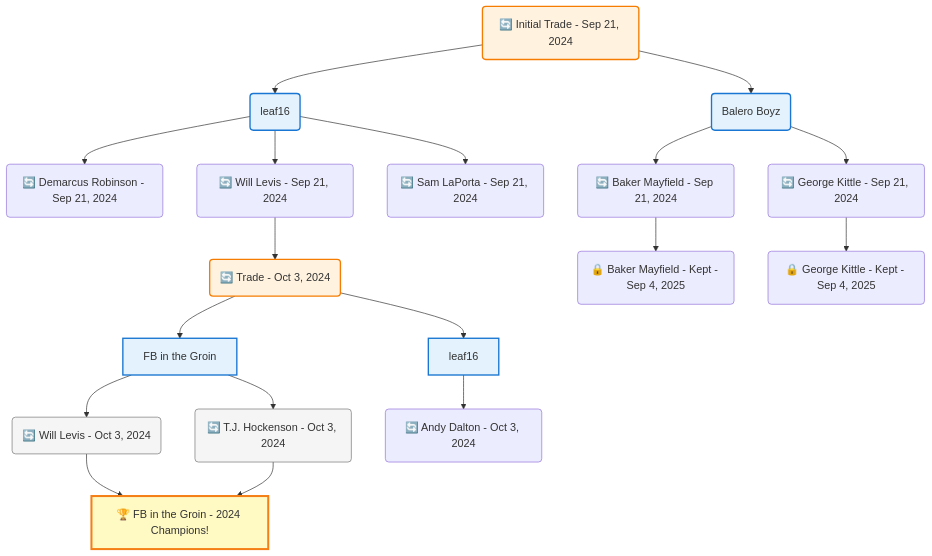
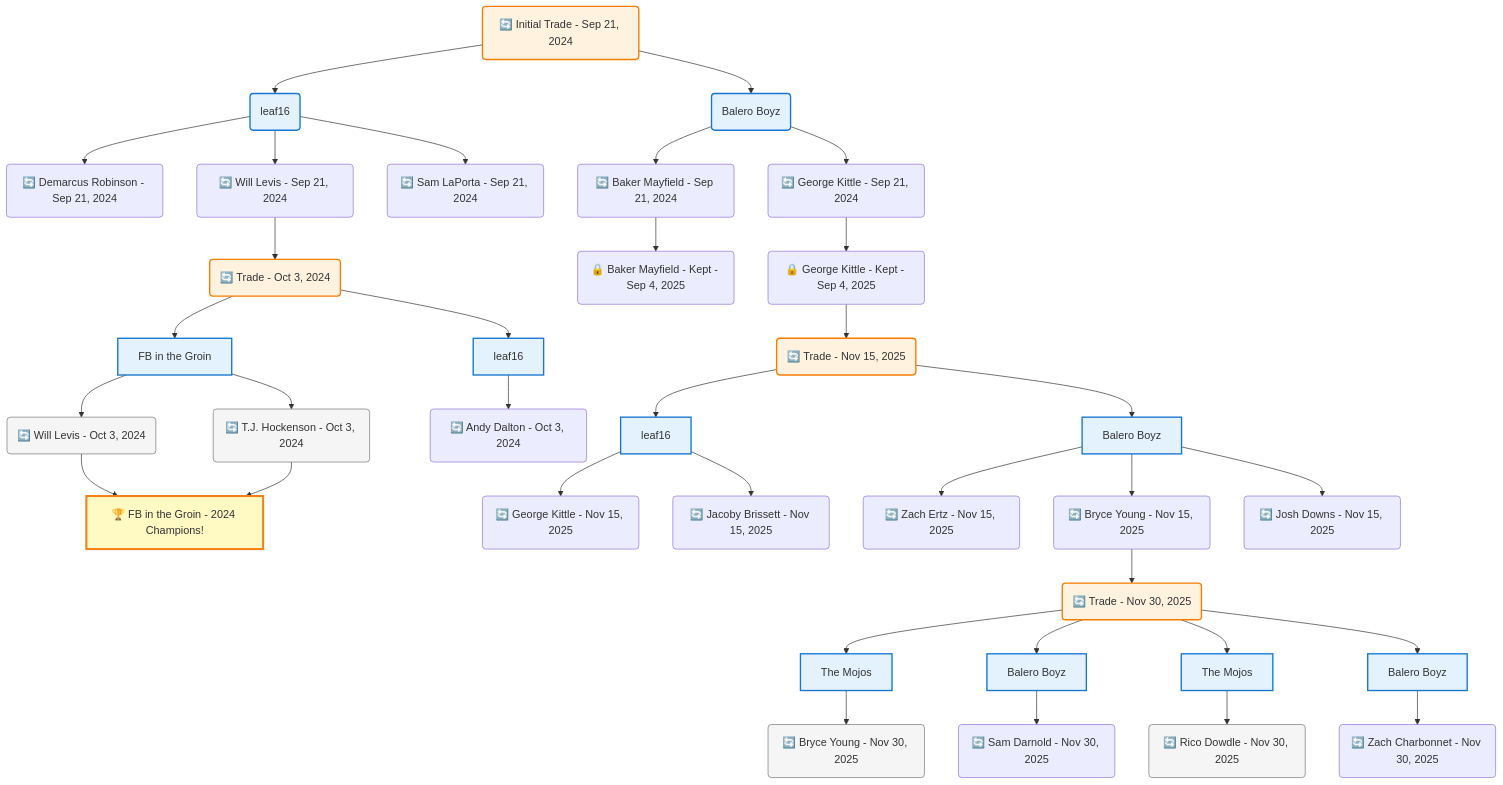
The diagram in frontend/public/data/trade-trees/mermaid/6fb25eb0-5368-4c25-aa54-b7be9bf720bc.mmd (bsnooks/FantasyArchive), drawn with Mermaid before and after one commit. The commit also changed 332 other files, not shown here.

```diff
--- a/frontend/public/data/trade-trees/mermaid/6fb25eb0-5368-4c25-aa54-b7be9bf720bc.mmd
+++ b/frontend/public/data/trade-trees/mermaid/6fb25eb0-5368-4c25-aa54-b7be9bf720bc.mmd
@@ -1,51 +1,85 @@
 flowchart TD
 
     TRADE_MAIN("🔄 Initial Trade - Sep 21, 2024")
     TEAM_1("leaf16")
     TEAM_2("Balero Boyz")
     NODE_31bc94fc-885d-4b96-a3e8-009981e2b374("🔄 Demarcus Robinson - Sep 21, 2024")
     NODE_801f72a8-20fb-4d83-a6a8-35d7c1c37417("🔄 Will Levis - Sep 21, 2024")
     TRADE_2b4a01ee-7b58-438b-81fc-a627fbe67457_3("🔄 Trade - Oct 3, 2024")
     TEAM_f483ecf1-cd17-4991-854b-e52dfc957b45_4["FB in the Groin"]
     NODE_e2907b17-adfb-4c09-adb0-2782040aee2b("🔄 Will Levis - Oct 3, 2024")
     CHAMP_f483ecf1-cd17-4991-854b-e52dfc957b45_2024["🏆 FB in the Groin - 2024 Champions!"]
     NODE_1b8dd640-21fc-42b1-9108-3d999c90067f("🔄 T.J. Hockenson - Oct 3, 2024")
     TEAM_66fb98f4-89a7-45f9-893a-b41d71e6249d_5["leaf16"]
     NODE_83daa455-0c86-4f49-a0a0-f3440d4f75c9("🔄 Andy Dalton - Oct 3, 2024")
     NODE_fd314efd-f34b-4a8b-ac7a-5a7a10b7fce3("🔄 Sam LaPorta - Sep 21, 2024")
     NODE_03a1a7af-d13d-43f4-885c-bf316c184d41("🔄 Baker Mayfield - Sep 21, 2024")
     NODE_fb64c611-51dc-4486-a9dc-89012f00217e("🔒 Baker Mayfield - Kept - Sep 4, 2025")
     NODE_f3eb338e-4fa1-425f-9223-c15304171ea8("🔄 George Kittle - Sep 21, 2024")
     NODE_849153a8-95cb-439c-ab20-cab9446964ba("🔒 George Kittle - Kept - Sep 4, 2025")
+    TRADE_259e5fca-a2c5-43ea-b6f7-ea1703137aad_6("🔄 Trade - Nov 15, 2025")
+    TEAM_66fb98f4-89a7-45f9-893a-b41d71e6249d_7["leaf16"]
+    NODE_d02d5d54-4473-4b5e-a51f-358e1014b895("🔄 George Kittle - Nov 15, 2025")
+    NODE_ca815589-bec6-45f2-b6d3-c000c1799bf3("🔄 Jacoby Brissett - Nov 15, 2025")
+    TEAM_2feaf03e-fb22-498e-ac8f-e596b6ba7810_8["Balero Boyz"]
+    NODE_949a9074-2ee8-442f-95af-682509d5fbe8("🔄 Zach Ertz - Nov 15, 2025")
+    NODE_38d855f4-84cf-4db1-bfbe-7332f211fbc5("🔄 Bryce Young - Nov 15, 2025")
+    TRADE_524fb254-e456-4494-be37-a2b178020474_9("🔄 Trade - Nov 30, 2025")
+    TEAM_bbe2d0ad-54cf-4c22-be82-b2a5f262a157_10["The Mojos"]
+    NODE_130eaee5-fcb3-4d4a-b849-548ea71c4b4a("🔄 Bryce Young - Nov 30, 2025")
+    TEAM_2feaf03e-fb22-498e-ac8f-e596b6ba7810_11["Balero Boyz"]
+    NODE_75f8f399-3480-4cfa-9bd2-3e46c6555763("🔄 Sam Darnold - Nov 30, 2025")
+    TEAM_bbe2d0ad-54cf-4c22-be82-b2a5f262a157_12["The Mojos"]
+    NODE_358947cb-99bb-4dde-92b3-3f75008761f5("🔄 Rico Dowdle - Nov 30, 2025")
+    TEAM_2feaf03e-fb22-498e-ac8f-e596b6ba7810_13["Balero Boyz"]
+    NODE_5312f244-ba83-4c40-bd50-7e5e4142f21e("🔄 Zach Charbonnet - Nov 30, 2025")
+    NODE_90c74c94-2abe-4562-b909-f0d0549711d6("🔄 Josh Downs - Nov 15, 2025")
 
     TRADE_MAIN --> TEAM_1
     TRADE_MAIN --> TEAM_2
     TEAM_1 --> NODE_31bc94fc-885d-4b96-a3e8-009981e2b374
     TEAM_1 --> NODE_801f72a8-20fb-4d83-a6a8-35d7c1c37417
     NODE_801f72a8-20fb-4d83-a6a8-35d7c1c37417 --> TRADE_2b4a01ee-7b58-438b-81fc-a627fbe67457_3
     TRADE_2b4a01ee-7b58-438b-81fc-a627fbe67457_3 --> TEAM_f483ecf1-cd17-4991-854b-e52dfc957b45_4
     TEAM_f483ecf1-cd17-4991-854b-e52dfc957b45_4 --> NODE_e2907b17-adfb-4c09-adb0-2782040aee2b
     NODE_e2907b17-adfb-4c09-adb0-2782040aee2b --> CHAMP_f483ecf1-cd17-4991-854b-e52dfc957b45_2024
     TEAM_f483ecf1-cd17-4991-854b-e52dfc957b45_4 --> NODE_1b8dd640-21fc-42b1-9108-3d999c90067f
     NODE_1b8dd640-21fc-42b1-9108-3d999c90067f --> CHAMP_f483ecf1-cd17-4991-854b-e52dfc957b45_2024
     TRADE_2b4a01ee-7b58-438b-81fc-a627fbe67457_3 --> TEAM_66fb98f4-89a7-45f9-893a-b41d71e6249d_5
     TEAM_66fb98f4-89a7-45f9-893a-b41d71e6249d_5 --> NODE_83daa455-0c86-4f49-a0a0-f3440d4f75c9
     TEAM_1 --> NODE_fd314efd-f34b-4a8b-ac7a-5a7a10b7fce3
     TEAM_2 --> NODE_03a1a7af-d13d-43f4-885c-bf316c184d41
     NODE_03a1a7af-d13d-43f4-885c-bf316c184d41 --> NODE_fb64c611-51dc-4486-a9dc-89012f00217e
     TEAM_2 --> NODE_f3eb338e-4fa1-425f-9223-c15304171ea8
     NODE_f3eb338e-4fa1-425f-9223-c15304171ea8 --> NODE_849153a8-95cb-439c-ab20-cab9446964ba
+    NODE_849153a8-95cb-439c-ab20-cab9446964ba --> TRADE_259e5fca-a2c5-43ea-b6f7-ea1703137aad_6
+    TRADE_259e5fca-a2c5-43ea-b6f7-ea1703137aad_6 --> TEAM_66fb98f4-89a7-45f9-893a-b41d71e6249d_7
+    TEAM_66fb98f4-89a7-45f9-893a-b41d71e6249d_7 --> NODE_d02d5d54-4473-4b5e-a51f-358e1014b895
+    TEAM_66fb98f4-89a7-45f9-893a-b41d71e6249d_7 --> NODE_ca815589-bec6-45f2-b6d3-c000c1799bf3
+    TRADE_259e5fca-a2c5-43ea-b6f7-ea1703137aad_6 --> TEAM_2feaf03e-fb22-498e-ac8f-e596b6ba7810_8
+    TEAM_2feaf03e-fb22-498e-ac8f-e596b6ba7810_8 --> NODE_949a9074-2ee8-442f-95af-682509d5fbe8
+    TEAM_2feaf03e-fb22-498e-ac8f-e596b6ba7810_8 --> NODE_38d855f4-84cf-4db1-bfbe-7332f211fbc5
+    NODE_38d855f4-84cf-4db1-bfbe-7332f211fbc5 --> TRADE_524fb254-e456-4494-be37-a2b178020474_9
+    TRADE_524fb254-e456-4494-be37-a2b178020474_9 --> TEAM_bbe2d0ad-54cf-4c22-be82-b2a5f262a157_10
+    TEAM_bbe2d0ad-54cf-4c22-be82-b2a5f262a157_10 --> NODE_130eaee5-fcb3-4d4a-b849-548ea71c4b4a
+    TRADE_524fb254-e456-4494-be37-a2b178020474_9 --> TEAM_2feaf03e-fb22-498e-ac8f-e596b6ba7810_11
+    TEAM_2feaf03e-fb22-498e-ac8f-e596b6ba7810_11 --> NODE_75f8f399-3480-4cfa-9bd2-3e46c6555763
+    TRADE_524fb254-e456-4494-be37-a2b178020474_9 --> TEAM_bbe2d0ad-54cf-4c22-be82-b2a5f262a157_12
+    TEAM_bbe2d0ad-54cf-4c22-be82-b2a5f262a157_12 --> NODE_358947cb-99bb-4dde-92b3-3f75008761f5
+    TRADE_524fb254-e456-4494-be37-a2b178020474_9 --> TEAM_2feaf03e-fb22-498e-ac8f-e596b6ba7810_13
+    TEAM_2feaf03e-fb22-498e-ac8f-e596b6ba7810_13 --> NODE_5312f244-ba83-4c40-bd50-7e5e4142f21e
+    TEAM_2feaf03e-fb22-498e-ac8f-e596b6ba7810_8 --> NODE_90c74c94-2abe-4562-b909-f0d0549711d6
 
     %% Node styling
     classDef teamNode fill:#e3f2fd,stroke:#1976d2,stroke-width:2px
     classDef tradeNode fill:#fff3e0,stroke:#f57c00,stroke-width:2px
     classDef playerNode fill:#f3e5f5,stroke:#7b1fa2,stroke-width:1px
     classDef nonRootPlayerNode fill:#f5f5f5,stroke:#757575,stroke-width:1px
     classDef endNode fill:#ffebee,stroke:#c62828,stroke-width:2px
     classDef waiverNode fill:#e8f5e8,stroke:#388e3c,stroke-width:2px
     classDef championshipNode fill:#fff9c4,stroke:#f57f17,stroke-width:3px
 
-    class TEAM_1,TEAM_2,TEAM_f483ecf1-cd17-4991-854b-e52dfc957b45_4,TEAM_66fb98f4-89a7-45f9-893a-b41d71e6249d_5 teamNode
+    class TEAM_1,TEAM_2,TEAM_f483ecf1-cd17-4991-854b-e52dfc957b45_4,TEAM_66fb98f4-89a7-45f9-893a-b41d71e6249d_5,TEAM_66fb98f4-89a7-45f9-893a-b41d71e6249d_7,TEAM_2feaf03e-fb22-498e-ac8f-e596b6ba7810_8,TEAM_bbe2d0ad-54cf-4c22-be82-b2a5f262a157_10,TEAM_2feaf03e-fb22-498e-ac8f-e596b6ba7810_11,TEAM_bbe2d0ad-54cf-4c22-be82-b2a5f262a157_12,TEAM_2feaf03e-fb22-498e-ac8f-e596b6ba7810_13 teamNode
     class CHAMP_f483ecf1-cd17-4991-854b-e52dfc957b45_2024 championshipNode
-    class NODE_e2907b17-adfb-4c09-adb0-2782040aee2b,NODE_1b8dd640-21fc-42b1-9108-3d999c90067f nonRootPlayerNode
-    class TRADE_MAIN,TRADE_2b4a01ee-7b58-438b-81fc-a627fbe67457_3 tradeNode
+    class NODE_e2907b17-adfb-4c09-adb0-2782040aee2b,NODE_1b8dd640-21fc-42b1-9108-3d999c90067f,NODE_130eaee5-fcb3-4d4a-b849-548ea71c4b4a,NODE_358947cb-99bb-4dde-92b3-3f75008761f5 nonRootPlayerNode
+    class TRADE_MAIN,TRADE_2b4a01ee-7b58-438b-81fc-a627fbe67457_3,TRADE_259e5fca-a2c5-43ea-b6f7-ea1703137aad_6,TRADE_524fb254-e456-4494-be37-a2b178020474_9 tradeNode
```
